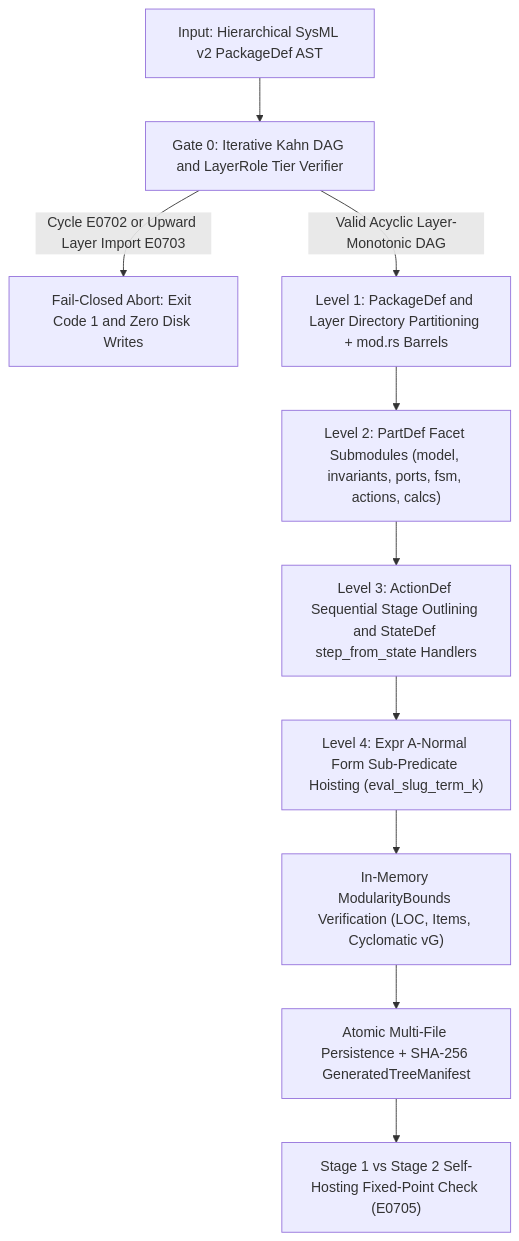
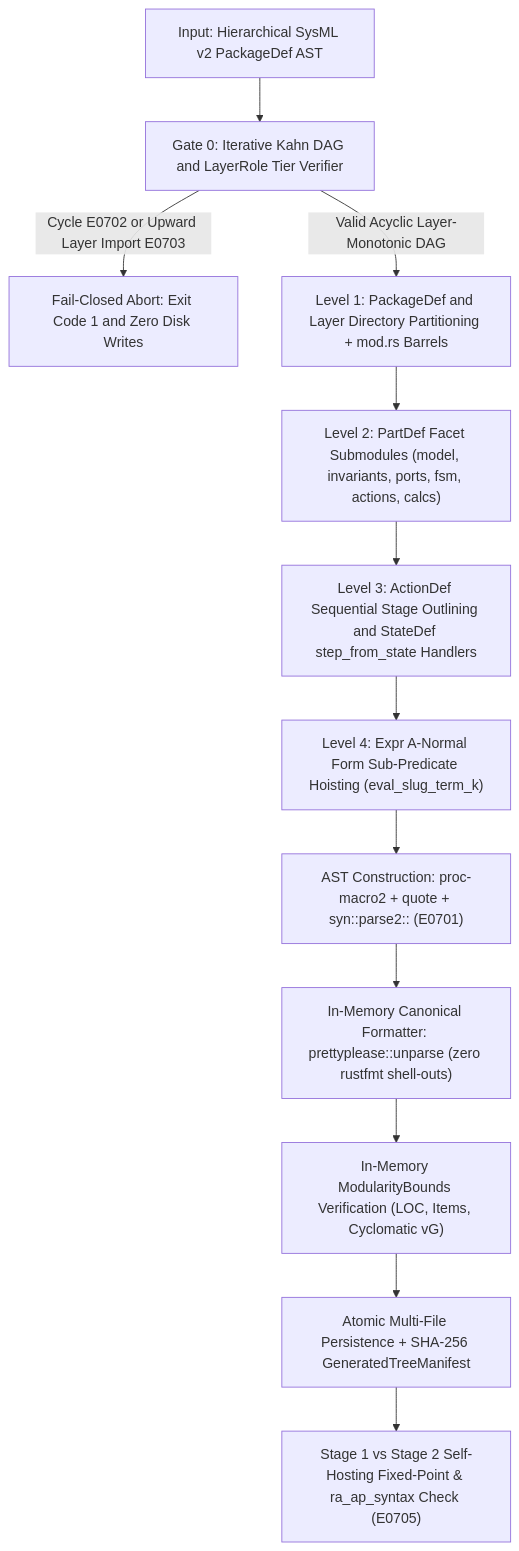
Before and after one commit to gintatkinson/DEAP01-spec-core: the third of 4 diagrams in docs/designs/blueprint-07-self-hosting-modular-codegen-compiler.md, drawn with Mermaid. The commit also changed other lines of this file and 2 other files, not shown here.

Commit message:
docs(blueprints): refactor BP-07 onto syn, quote, and prettyplease fixed-point codegen

````diff
--- a/docs/designs/blueprint-07-self-hosting-modular-codegen-compiler.md
+++ b/docs/designs/blueprint-07-self-hosting-modular-codegen-compiler.md
@@ -164,12 +191,14 @@
 ```mermaid
 flowchart TD
     A["Input: Hierarchical SysML v2 PackageDef AST"] --> B["Gate 0: Iterative Kahn DAG and LayerRole Tier Verifier"]
     B -->|"Cycle E0702 or Upward Layer Import E0703"| C["Fail-Closed Abort: Exit Code 1 and Zero Disk Writes"]
     B -->|"Valid Acyclic Layer-Monotonic DAG"| D["Level 1: PackageDef and Layer Directory Partitioning + mod.rs Barrels"]
     D --> E["Level 2: PartDef Facet Submodules (model, invariants, ports, fsm, actions, calcs)"]
     E --> F["Level 3: ActionDef Sequential Stage Outlining and StateDef step_from_state Handlers"]
     F --> G["Level 4: Expr A-Normal Form Sub-Predicate Hoisting (eval_slug_term_k)"]
-    G --> H["In-Memory ModularityBounds Verification (LOC, Items, Cyclomatic vG)"]
-    H --> I["Atomic Multi-File Persistence + SHA-256 GeneratedTreeManifest"]
-    I --> J["Stage 1 vs Stage 2 Self-Hosting Fixed-Point Check (E0705)"]
+    G --> H["AST Construction: proc-macro2 + quote + syn::parse2::<syn::File> (E0701)"]
+    H --> I["In-Memory Canonical Formatter: prettyplease::unparse (zero rustfmt shell-outs)"]
+    I --> J["In-Memory ModularityBounds Verification (LOC, Items, Cyclomatic vG)"]
+    J --> K["Atomic Multi-File Persistence + SHA-256 GeneratedTreeManifest"]
+    K --> L["Stage 1 vs Stage 2 Self-Hosting Fixed-Point & ra_ap_syntax Check (E0705)"]
 ```
````
